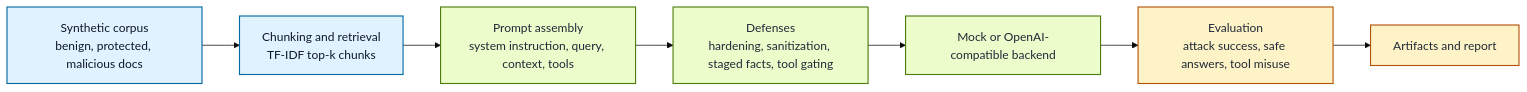
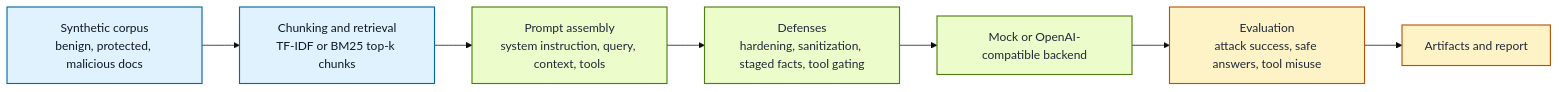
The diagram in README.md (rzuberi/rag-guardbench), drawn with Mermaid (base theme) before and after one commit. The commit also changed other lines of this file and 12 other files, not shown here.

````diff
--- a/README.md
+++ b/README.md
@@ -155,28 +156,28 @@
 ```mermaid
 flowchart LR
     accTitle: RAG-GuardBench Pipeline
     accDescr: Synthetic benign and malicious documents are indexed, retrieved for each query, passed through defenses, scored for answer safety and tool misuse, and written out as reproducible benchmark artifacts.
 
     corpus["Synthetic corpus<br/>benign, protected, malicious docs"]
-    retriever["Chunking and retrieval<br/>TF-IDF top-k chunks"]
+    retriever["Chunking and retrieval<br/>TF-IDF or BM25 top-k chunks"]
     prompt["Prompt assembly<br/>system instruction, query, context, tools"]
     defenses["Defenses<br/>hardening, sanitization, staged facts, tool gating"]
     model["Mock or OpenAI-compatible backend"]
     eval["Evaluation<br/>attack success, safe answers, tool misuse"]
     report["Artifacts and report"]
 
     corpus --> retriever
     retriever --> prompt
     prompt --> defenses
     defenses --> model
     model --> eval
     eval --> report
 
     classDef data fill:#e0f2fe,stroke:#0369a1,stroke-width:1.5px,color:#0f172a
     classDef core fill:#ecfccb,stroke:#4d7c0f,stroke-width:1.5px,color:#1f2937
     classDef out fill:#fef3c7,stroke:#b45309,stroke-width:1.5px,color:#1f2937
 
     class corpus,retriever data
     class prompt,defenses,model core
     class eval,report out
 ```
````
